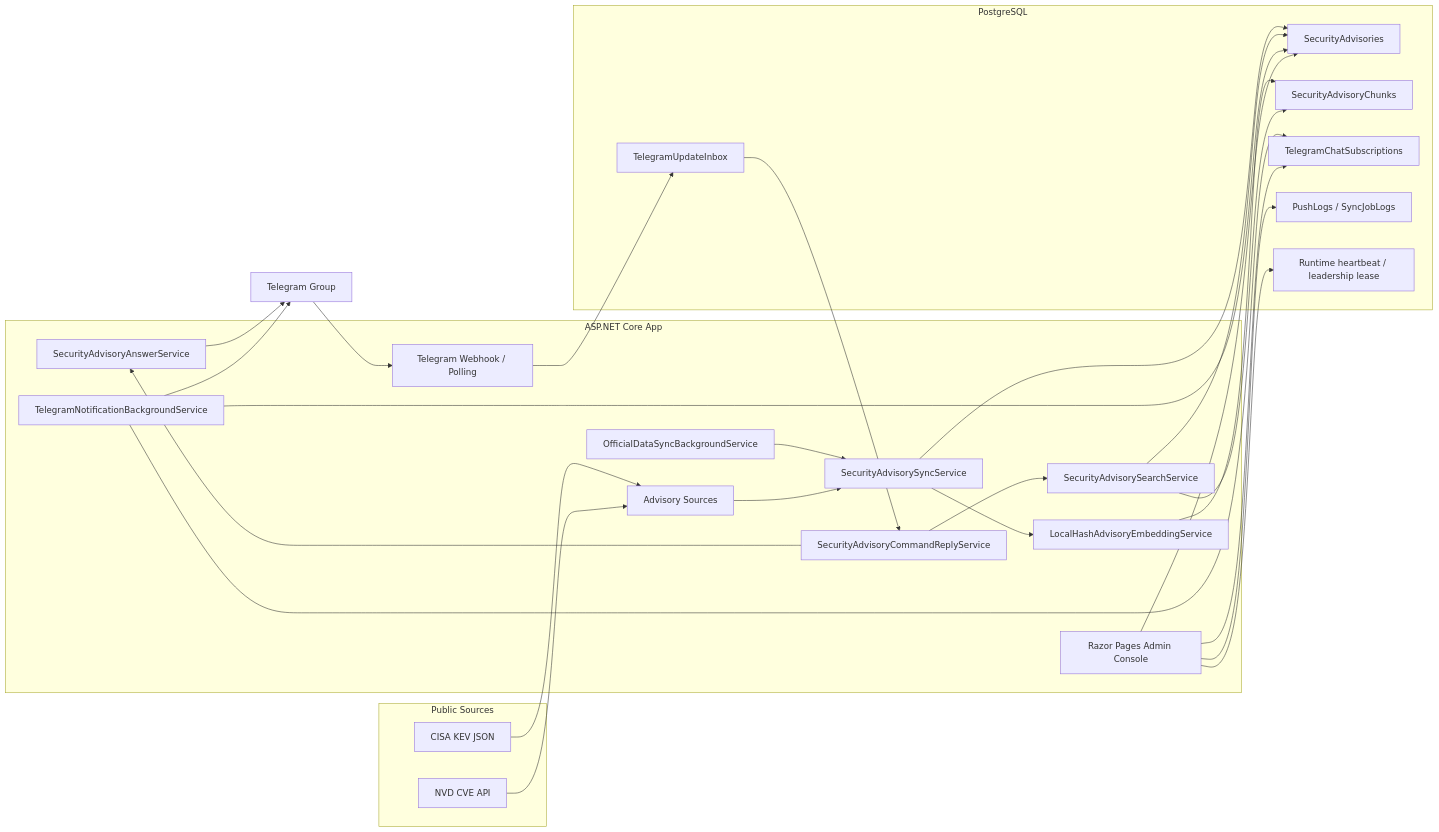
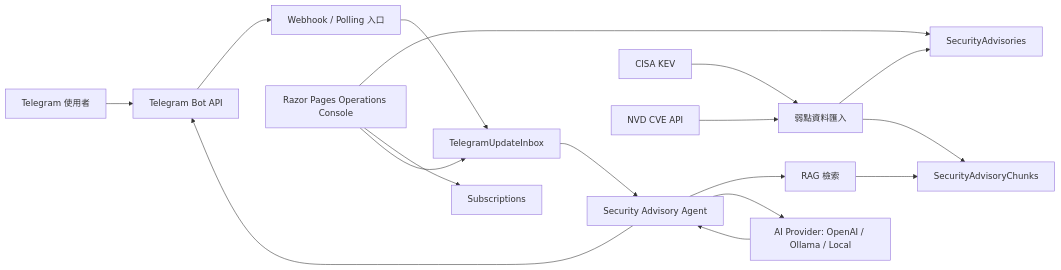
The diagram in README.md (Bikerbyte/rag-agent-console), drawn with Mermaid before and after one commit. The commit also changed other lines of this file and 140 other files, not shown here.

Commit message:
Rework CVE RAG agent console

````diff
--- a/README.md
+++ b/README.md
@@ -12,57 +17,23 @@
 ```mermaid
 flowchart LR
-    subgraph Sources["Public Sources"]
-        CISA["CISA KEV JSON"]
-        NVD["NVD CVE API"]
-    end
+    User["Telegram 使用者"] --> Telegram["Telegram Bot API"]
+    Telegram --> Ingress["Webhook / Polling 入口"]
+    Ingress --> Queue["TelegramUpdateInbox"]
+    Queue --> Agent["Security Advisory Agent"]
 
-    subgraph App["ASP.NET Core App"]
-        SyncWorker["OfficialDataSyncBackgroundService"]
-        SourceClients["Advisory Sources"]
-        SyncService["SecurityAdvisorySyncService"]
-        Embedding["LocalHashAdvisoryEmbeddingService"]
-        Search["SecurityAdvisorySearchService"]
-        Answer["SecurityAdvisoryAnswerService"]
-        TelegramIngress["Telegram Webhook / Polling"]
-        Command["SecurityAdvisoryCommandReplyService"]
-        PushWorker["TelegramNotificationBackgroundService"]
-        Admin["Razor Pages Admin Console"]
-    end
+    Agent --> Search["RAG 檢索"]
 
-    subgraph Database["PostgreSQL"]
-        Advisories["SecurityAdvisories"]
-        Chunks["SecurityAdvisoryChunks"]
-        Subscriptions["TelegramChatSubscriptions"]
-        Inbox["TelegramUpdateInbox"]
-        Logs["PushLogs / SyncJobLogs"]
-        Runtime["Runtime heartbeat / leadership lease"]
-    end
+    CISA["CISA KEV"] --> Ingestion["弱點資料匯入"]
+    NVD["NVD CVE API"] --> Ingestion
+    Ingestion --> Store["SecurityAdvisories"]
+    Ingestion --> Chunks["SecurityAdvisoryChunks"]
 
-    Telegram["Telegram Group"]
+    Search --> Chunks
+    Agent --> Model["AI Provider: OpenAI / Ollama / Local"]
+    Model --> Agent
+    Agent --> Telegram
 
-    CISA --> SourceClients
-    NVD --> SourceClients
-    SyncWorker --> SyncService
-    SourceClients --> SyncService
-    SyncService --> Advisories
-    SyncService --> Embedding
-    Embedding --> Chunks
-
-    Telegram --> TelegramIngress
-    TelegramIngress --> Inbox
-    Inbox --> Command
-    Command --> Search
-    Search --> Chunks
-    Search --> Advisories
-    Command --> Answer
-    Answer --> Telegram
-
-    PushWorker --> Subscriptions
-    PushWorker --> Advisories
-    PushWorker --> Telegram
-
-    Admin --> Advisories
+    Admin["Razor Pages Operations Console"] --> Store
     Admin --> Subscriptions
-    Admin --> Logs
-    Admin --> Runtime
+    Admin --> Queue
 ```
````
